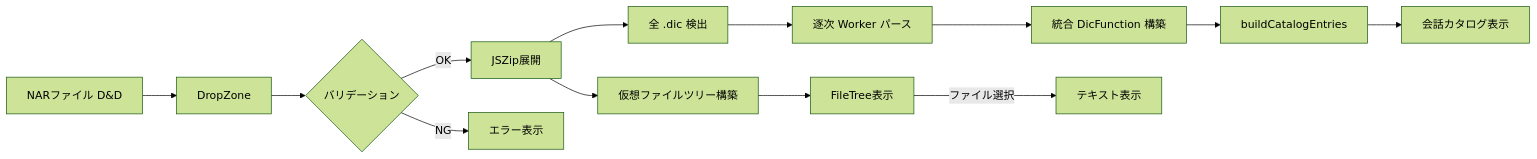
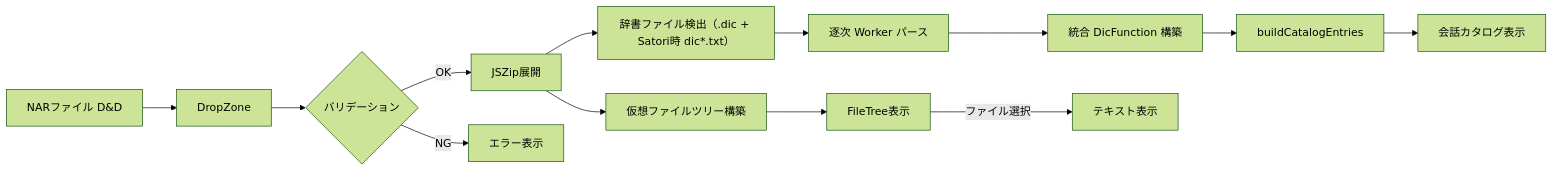
One commit to ivgtr/ghost-viewer changed the diagram in .docs/ARCHITECTURE.md. Above: the diagram before and after it, drawn with Mermaid (forest theme). The commit also changed other lines of this file and 6 other files, not shown here.

Commit message:
fix: support satori dic txt dictionary targets

````diff
--- a/.docs/ARCHITECTURE.md
+++ b/.docs/ARCHITECTURE.md
@@ -105,15 +105,15 @@
 ```mermaid
 flowchart LR
     A[NARファイル D&D] --> B[DropZone]
     B --> C{バリデーション}
     C -->|OK| D[JSZip展開]
     C -->|NG| E[エラー表示]
     D --> F[仮想ファイルツリー構築]
     F --> G[FileTree表示]
-    D --> H[全 .dic 検出]
+    D --> H[辞書ファイル検出（.dic + Satori時 dic*.txt）]
     H --> I[逐次 Worker パース]
     I --> J[統合 DicFunction 構築]
     J --> K[buildCatalogEntries]
     K --> L[会話カタログ表示]
     G -->|ファイル選択| M[テキスト表示]
 ```
````
